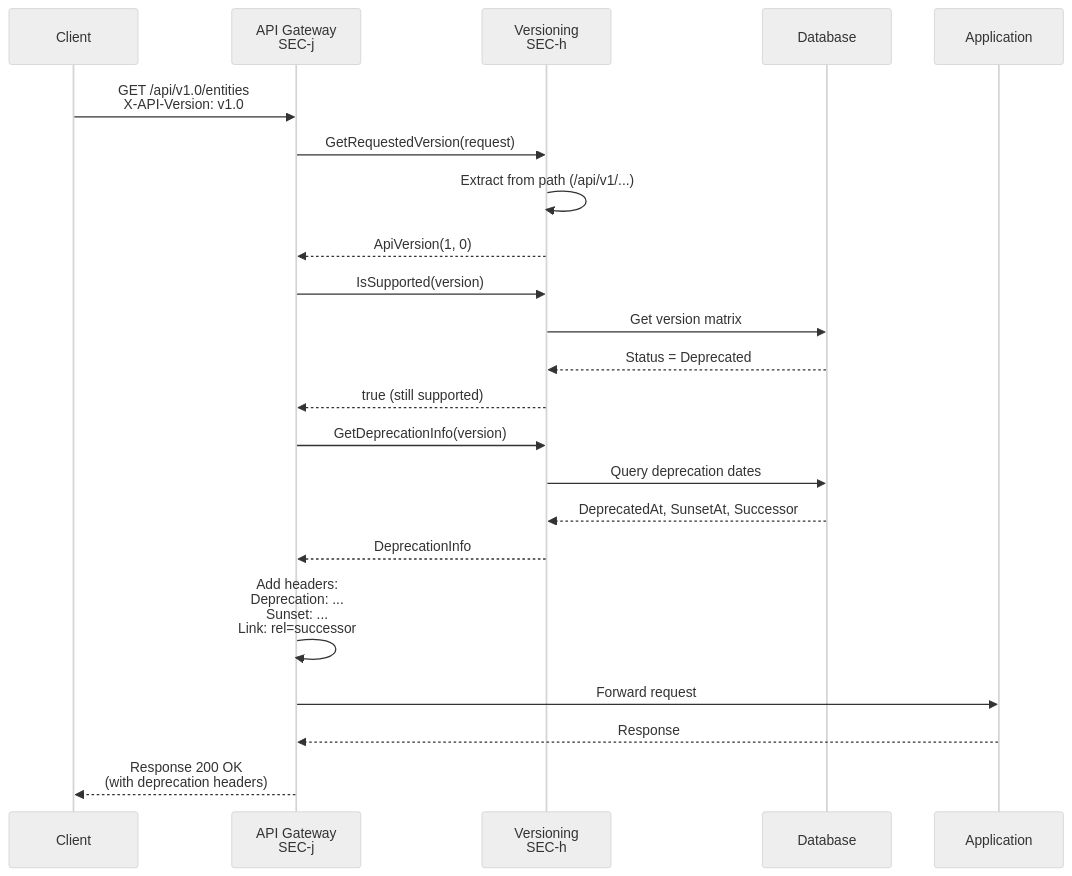
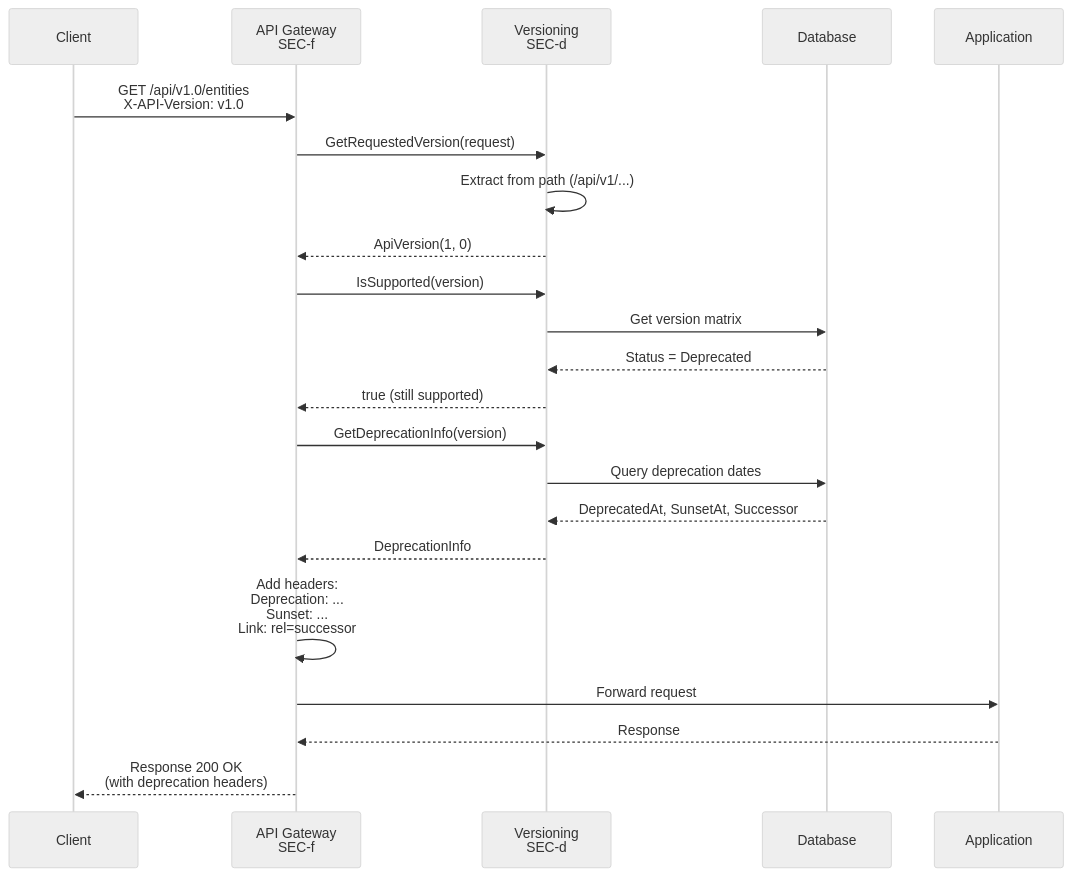
One commit to southpawriter02/lexichord changed the sixth of 7 diagrams in docs/specs/v0.11.x/v0.11.5/LCS-DES-v0.11.5-SEC-INDEX.md. Above: the diagram before and after it, drawn with Mermaid (neutral theme). The commit also changed other lines of this file and 74 other files, not shown here.

````diff
--- a/docs/specs/v0.11.x/v0.11.5/LCS-DES-v0.11.5-SEC-INDEX.md
+++ b/docs/specs/v0.11.x/v0.11.5/LCS-DES-v0.11.5-SEC-INDEX.md
@@ -481,25 +481,25 @@
 ```mermaid
 sequenceDiagram
     participant Client
-    participant Gateway as API Gateway<br/>SEC-j
-    participant Version as Versioning<br/>SEC-h
+    participant Gateway as API Gateway<br/>SEC-f
+    participant Version as Versioning<br/>SEC-d
     participant DB as Database
     participant App as Application
 
     Client->>Gateway: GET /api/v1.0/entities<br/>X-API-Version: v1.0
     Gateway->>Version: GetRequestedVersion(request)
     Version->>Version: Extract from path (/api/v1/...)
     Version-->>Gateway: ApiVersion(1, 0)
     Gateway->>Version: IsSupported(version)
     Version->>DB: Get version matrix
     DB-->>Version: Status = Deprecated
     Version-->>Gateway: true (still supported)
     Gateway->>Version: GetDeprecationInfo(version)
     Version->>DB: Query deprecation dates
     DB-->>Version: DeprecatedAt, SunsetAt, Successor
     Version-->>Gateway: DeprecationInfo
     Gateway->>Gateway: Add headers:<br/>Deprecation: ...<br/>Sunset: ...<br/>Link: rel=successor
     Gateway->>App: Forward request
     App-->>Gateway: Response
     Gateway-->>Client: Response 200 OK<br/>(with deprecation headers)
 ```
````
